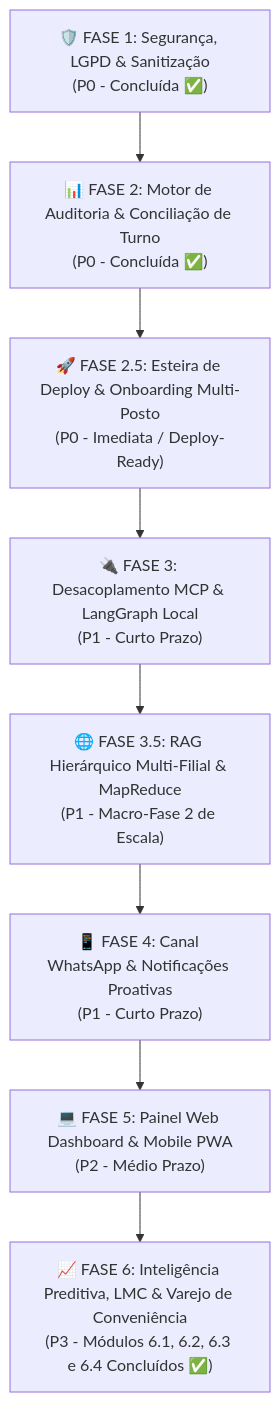
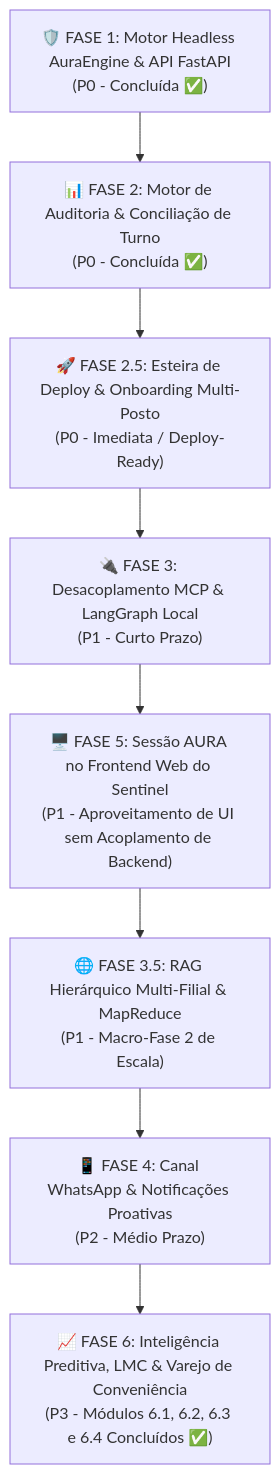
One commit to marlonhms/IA-Local changed the third of 3 diagrams in docs/roadmap_aila.md. Above: the diagram before and after it, drawn with Mermaid. The commit also changed other lines of this file, not shown here.

Commit message:
docs(roadmap): atualizar para AURA 1.7.0, desacoplamento backend com Sentinel e reaproveitamento do frontend React

````diff
--- a/docs/roadmap_aila.md
+++ b/docs/roadmap_aila.md
@@ -151,13 +168,13 @@
 ```mermaid
 flowchart TD
-    Fase1["🛡️ FASE 1: Segurança, LGPD & Sanitização\n(P0 - Concluída ✅)"]
+    Fase1["🛡️ FASE 1: Motor Headless AuraEngine & API FastAPI\n(P0 - Concluída ✅)"]
     Fase2["📊 FASE 2: Motor de Auditoria & Conciliação de Turno\n(P0 - Concluída ✅)"]
     Fase25["🚀 FASE 2.5: Esteira de Deploy & Onboarding Multi-Posto\n(P0 - Imediata / Deploy-Ready)"]
     Fase3["🔌 FASE 3: Desacoplamento MCP & LangGraph Local\n(P1 - Curto Prazo)"]
+    Fase5["🖥️ FASE 5: Sessão AURA no Frontend Web do Sentinel\n(P1 - Aproveitamento de UI sem Acoplamento de Backend)"]
     Fase35["🌐 FASE 3.5: RAG Hierárquico Multi-Filial & MapReduce\n(P1 - Macro-Fase 2 de Escala)"]
-    Fase4["📱 FASE 4: Canal WhatsApp & Notificações Proativas\n(P1 - Curto Prazo)"]
-    Fase5["💻 FASE 5: Painel Web Dashboard & Mobile PWA\n(P2 - Médio Prazo)"]
+    Fase4["📱 FASE 4: Canal WhatsApp & Notificações Proativas\n(P2 - Médio Prazo)"]
     Fase6["📈 FASE 6: Inteligência Preditiva, LMC & Varejo de Conveniência\n(P3 - Módulos 6.1, 6.2, 6.3 e 6.4 Concluídos ✅)"]
 
-    Fase1 --> Fase2 --> Fase25 --> Fase3 --> Fase35 --> Fase4 --> Fase5 --> Fase6
+    Fase1 --> Fase2 --> Fase25 --> Fase3 --> Fase5 --> Fase35 --> Fase4 --> Fase6
 ```
````
